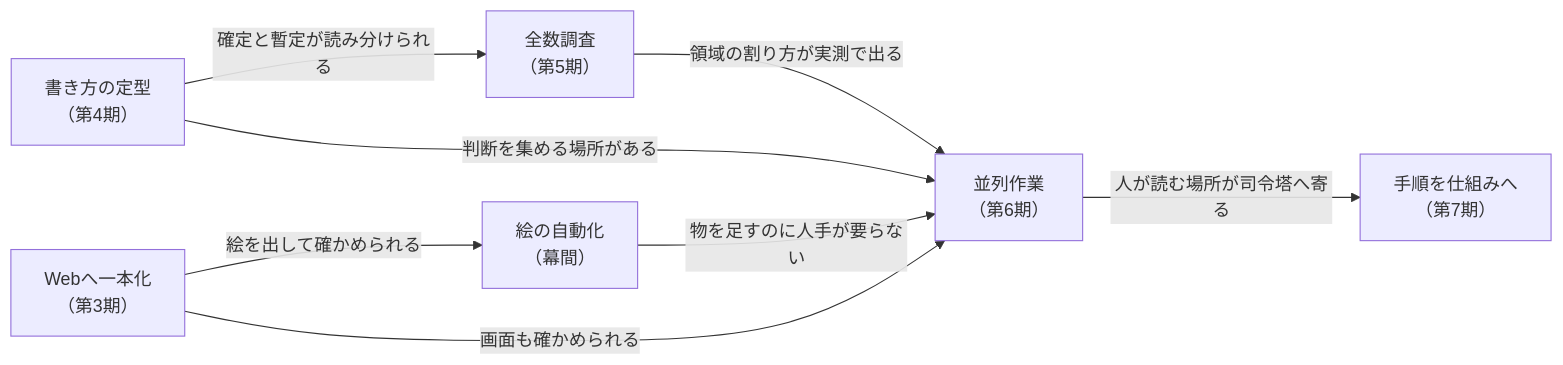
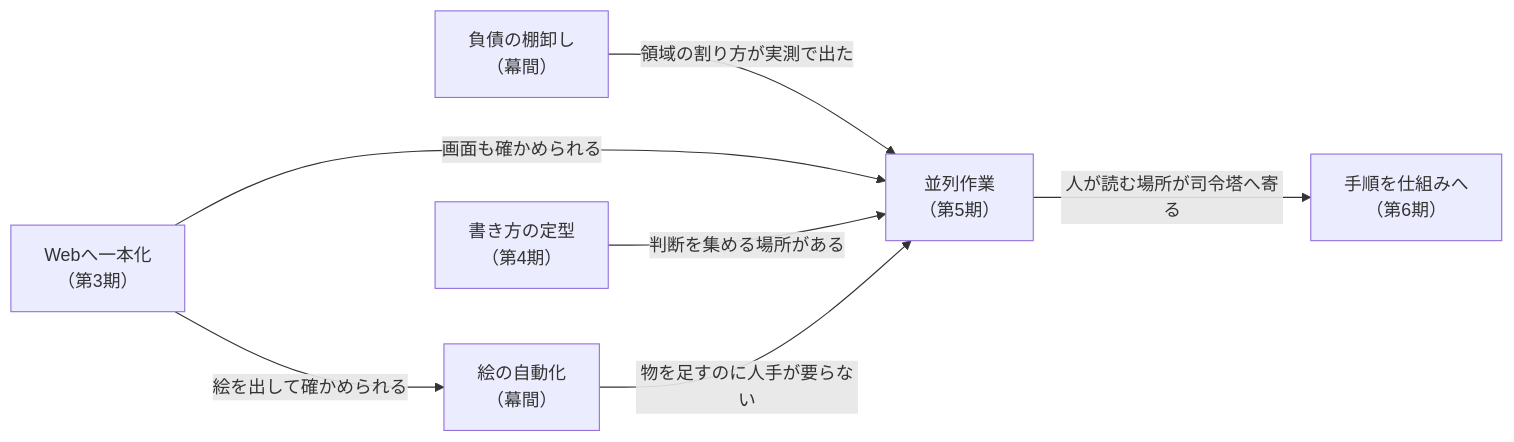
The second of 2 diagrams in docs/HowWeGotHere.md (gooyyu1/UnmappedIsland), drawn with Mermaid before and after one commit. The commit also changed other lines of this file and 2 other files, not shown here.

````diff
--- a/docs/HowWeGotHere.md
+++ b/docs/HowWeGotHere.md
@@ -257,10 +287,9 @@
 ```mermaid
 flowchart LR
     A["Webへ一本化<br/>（第3期）"] -->|"絵を出して確かめられる"| E["絵の自動化<br/>（幕間）"]
-    B["書き方の定型<br/>（第4期）"] -->|"確定と暫定が読み分けられる"| C["全数調査<br/>（第5期）"]
-    C -->|"領域の割り方が実測で出る"| D["並列作業<br/>（第6期）"]
+    C["負債の棚卸し<br/>（幕間）"] -->|"領域の割り方が実測で出た"| D["並列作業<br/>（第5期）"]
     A -->|"画面も確かめられる"| D
-    B -->|"判断を集める場所がある"| D
+    B["書き方の定型<br/>（第4期）"] -->|"判断を集める場所がある"| D
     E -->|"物を足すのに人手が要らない"| D
-    D -->|"人が読む場所が司令塔へ寄る"| F["手順を仕組みへ<br/>（第7期）"]
+    D -->|"人が読む場所が司令塔へ寄る"| F["手順を仕組みへ<br/>（第6期）"]
 ```
````
